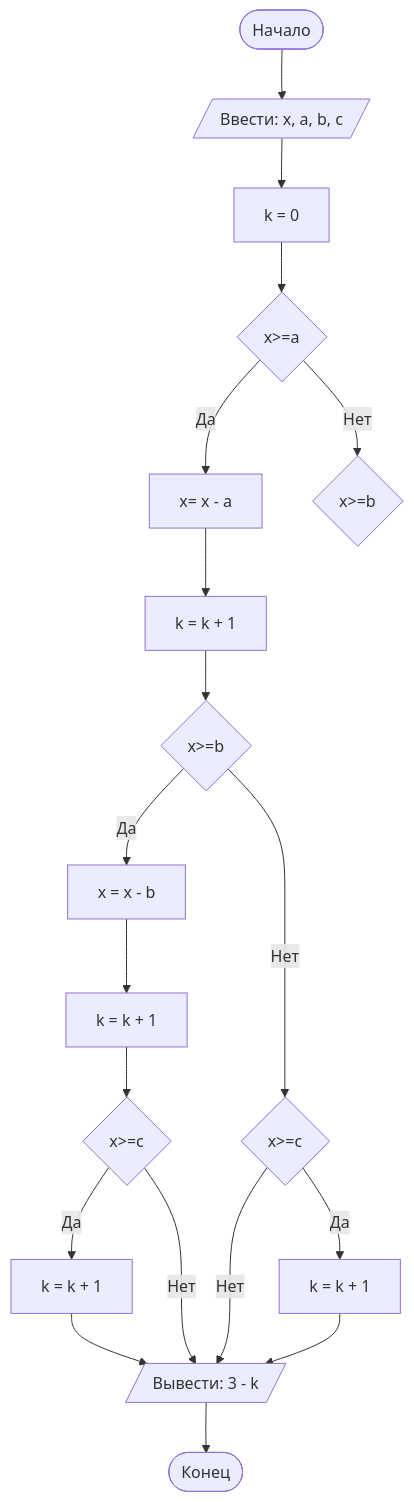
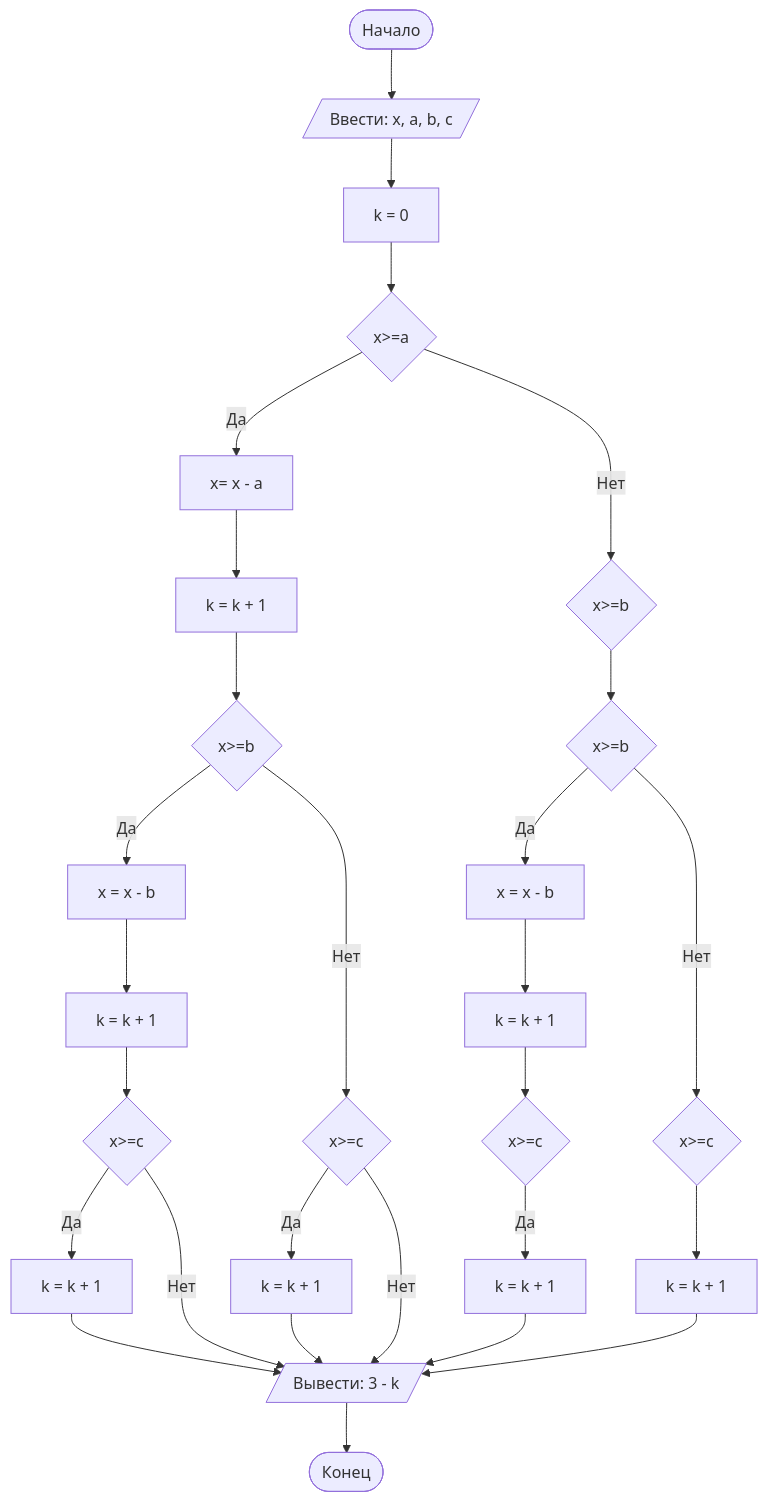
One commit to DariaVazh/Lab1 changed the diagram in README.md. Above: the diagram before and after it, drawn with Mermaid.

````diff
--- a/README.md
+++ b/README.md
@@ -42,21 +42,31 @@
 ```mermaid
 graph TD
 A([Начало]) --> B[/Ввести: x, a, b, c/]
 B --> C[k = 0]
 C --> D{x>=a}
 D -- Да --> E[x= x - a]
 D -- Нет --> Z{x>=b}
 E --> F[k = k + 1]
 F --> G{x>=b}
 G -- Да --> H[x = x - b]
 H --> I[k = k + 1]
 I --> uC{x>=c}
 uC -- Да --> vc[k = k + 1]
 vc --> preEnd
 uC -- Нет --> preEnd
 G -- Нет --> J{x>=c}
 J -- Да --> K[k = k + 1] 
 J -- Нет --> preEnd[/Вывести: 3 - k/]
+
+Z --> L{x>=b}
+L -- Да --> M[x = x - b]
+M --> O[k = k + 1]
+O --> P{x>=c}
+P -- Да --> Q[k = k + 1]
+Q --> preEnd
+L --Нет --> R{x>=c}
+R --> S[k = k + 1]
+S --> preEnd
 K --> preEnd
 preEnd --> End([Конец])
 ``` 
````
